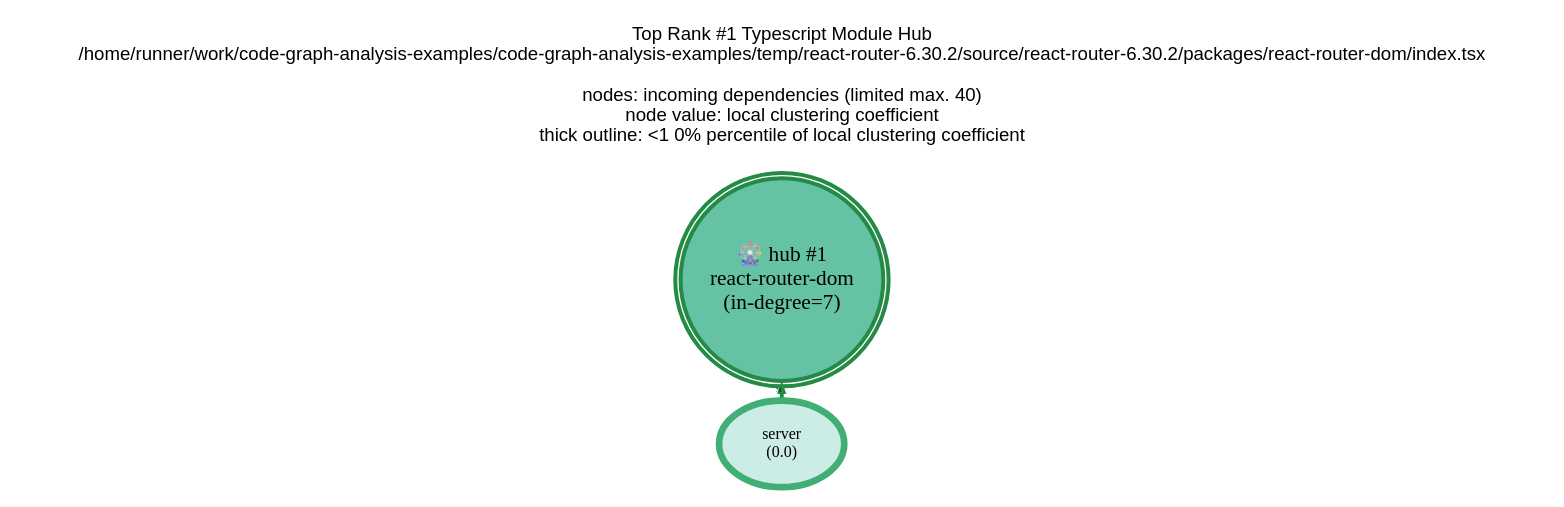
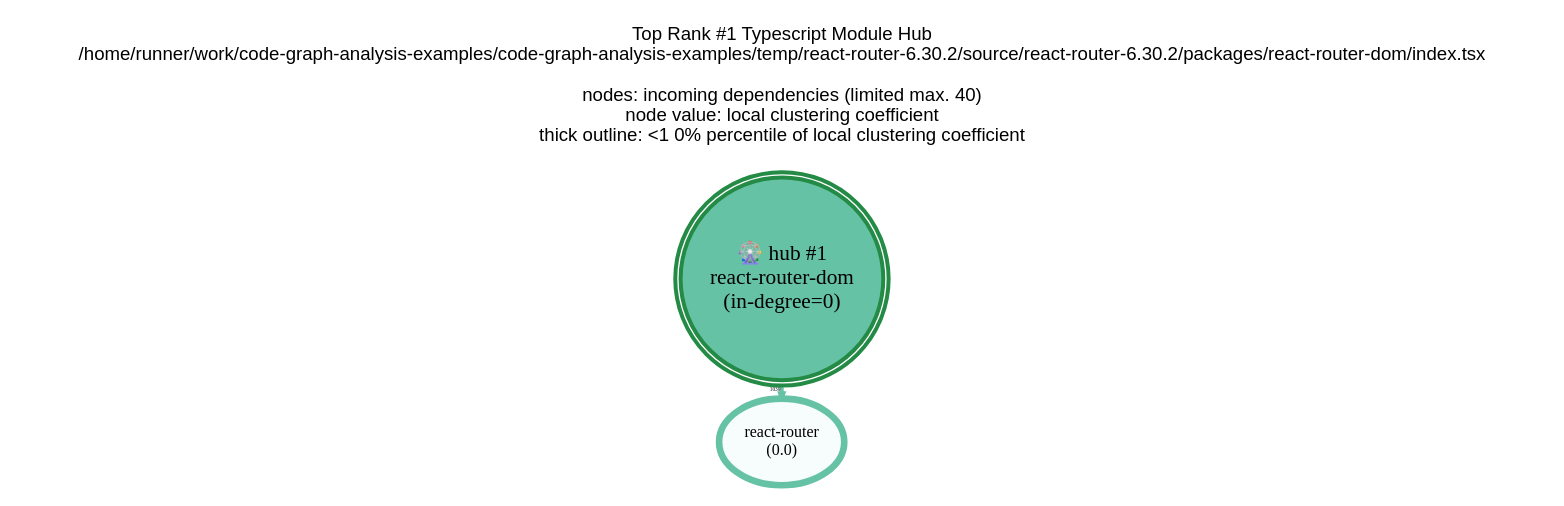
The diagram in analysis-results/react-router/react-router-6.30.2/anomaly-detection/Typescript_Module/GraphVisualizations/graphviz/TopHub1.gv (JohT/code-graph-analysis-examples), drawn with Graphviz before and after one commit. The commit also changed 365 other files, not shown here.

```diff
--- a/analysis-results/react-router/react-router-6.30.2/anomaly-detection/Typescript_Module/GraphVisualizations/graphviz/TopHub1.gv
+++ b/analysis-results/react-router/react-router-6.30.2/anomaly-detection/Typescript_Module/GraphVisualizations/graphviz/TopHub1.gv
@@ -1,18 +1,18 @@
 // This GraphViz dot file was generated by the script convertQueryResultCsvToGraphVizDotFile.sh with TopCentral.template
 
 strict digraph TopHub1 {
     graph [layout = "fdp"; start = "7"; splines = "spline"; pad = "0.8,0.1"; outputorder = "edgesfirst";];
     graph [fontname = "Helvetica,Arial,sans-serif"; labelloc = "t";];
     node [colorscheme = "bugn9"; color = 6; fillcolor = 3;];
     edge [colorscheme = "bugn9"; color = 7;];
     node [fontsize = 12; style = "filled"; margin = "0.03,0.03"; width="1.3"; height="0.9";];
     edge [fontsize = 4; arrowsize = "0.4";];
 
     central [shape = "doublecircle"; height = "2.0"; margin = "0.000001,0.000001";];
     central [fontsize = 16;];
     central [color = 7; fillcolor = 5; penwidth = 3;];
 
 	graph   [label="Top Rank #1 Typescript Module Hub\n/home/runner/work/code-graph-analysis-examples/code-graph-analysis-examples/temp/react-router-6.30.2/source/react-router-6.30.2/packages/react-router-dom/index.tsx\n\nnodes: incoming dependencies (limited max. 40)\nnode value: local clustering coefficient\nthick outline: <1 0% percentile of local clustering coefficient\n\n"];
-	central [label="🎡 hub #1\nreact-router-dom\n(in-degree=7)"];
-	"server_3162"  [label = "server\n(0.0)"; penwidth = 5; ]; "server_3162" -> central [label=70; weight=70; penwidth=2.9];
+	central [label="🎡 hub #1\nreact-router-dom\n(in-degree=0)"];
+	"react-router_3572"  [label = "react-router\n(0.0)"; penwidth = 5; color = 5; fillcolor = 1; ]; central -> "react-router_3572" [label=1039; weight=1039; penwidth=2.9; color = 5];
 }
```
